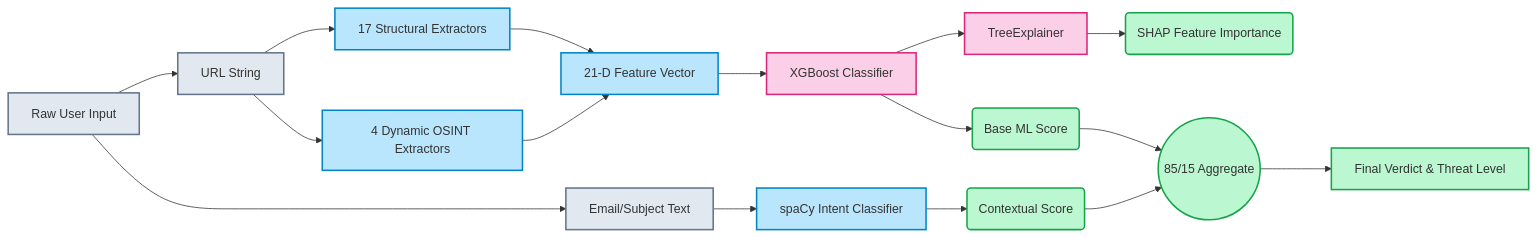
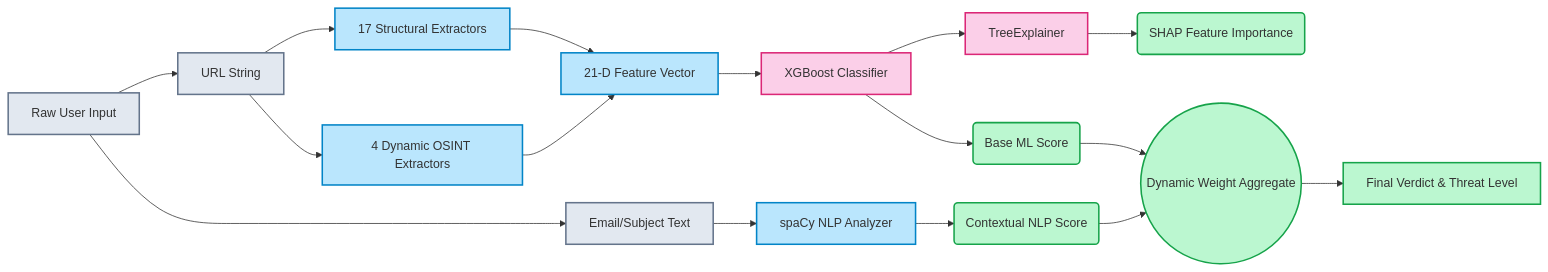
One commit to ELTE-DSED/phishing-detection-osint changed the diagram in docs/diagrams/mermaid/ml-pipeline.mmd. Above: the diagram before and after it, drawn with Mermaid. The commit also changed 8 other files, not shown here.

```diff
--- a/docs/diagrams/mermaid/ml-pipeline.mmd
+++ b/docs/diagrams/mermaid/ml-pipeline.mmd
@@ -1,26 +1,26 @@
 graph LR
     classDef raw fill:#e2e8f0,stroke:#64748b,stroke-width:2px;
     classDef extract fill:#bae6fd,stroke:#0284c7,stroke-width:2px;
     classDef model fill:#fbcfe8,stroke:#db2777,stroke-width:2px;
     classDef result fill:#bbf7d0,stroke:#16a34a,stroke-width:2px;
 
     RawData[Raw User Input]:::raw --> URL[URL String]:::raw
     RawData --> Text[Email/Subject Text]:::raw
     
     URL --> StructFeat[17 Structural Extractors]:::extract
     URL --> OSINTFeat[4 Dynamic OSINT Extractors]:::extract
-    Text --> NLP[spaCy Intent Classifier]:::extract
+    Text --> NLP[spaCy NLP Analyzer]:::extract
     
     StructFeat --> Combine[21-D Feature Vector]:::extract
     OSINTFeat --> Combine
     
     Combine --> XGB[XGBoost Classifier]:::model
     XGB --> SHAP[TreeExplainer]:::model
     
     XGB --> ThreatScore(Base ML Score):::result
     SHAP --> Explanations(SHAP Feature Importance):::result
-    NLP --> TextScore(Contextual Score):::result
+    NLP --> TextScore(Contextual NLP Score):::result
     
-    ThreatScore --> WeightedSum((85/15 Aggregate)):::result
+    ThreatScore --> WeightedSum((Dynamic Weight Aggregate)):::result
     TextScore --> WeightedSum
     WeightedSum --> Final[Final Verdict & Threat Level]:::result
```
